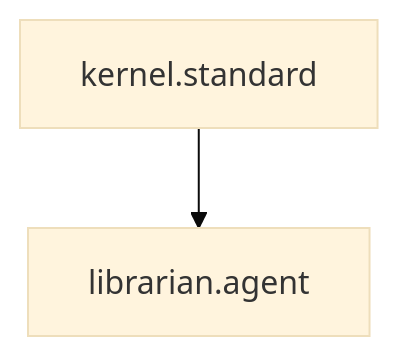
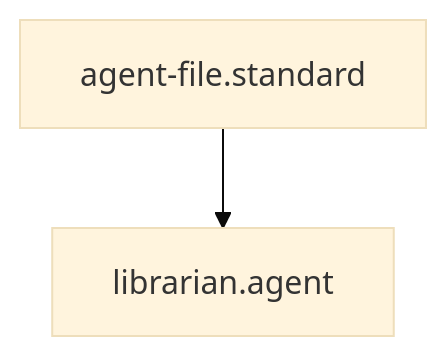
One commit to Gizmo4Life/ai-kernel changed the diagram in agents/librarian.agent.md. Above: the diagram before and after it, drawn with Mermaid (base theme). The commit also changed other lines of this file and 89 other files, not shown here.

````diff
--- a/agents/librarian.agent.md
+++ b/agents/librarian.agent.md
@@ -25,4 +25,4 @@
 ```mermaid
 graph TD
-    kernel.standard --> librarian.agent
+    agent-file.standard --> librarian.agent
 ```
````
